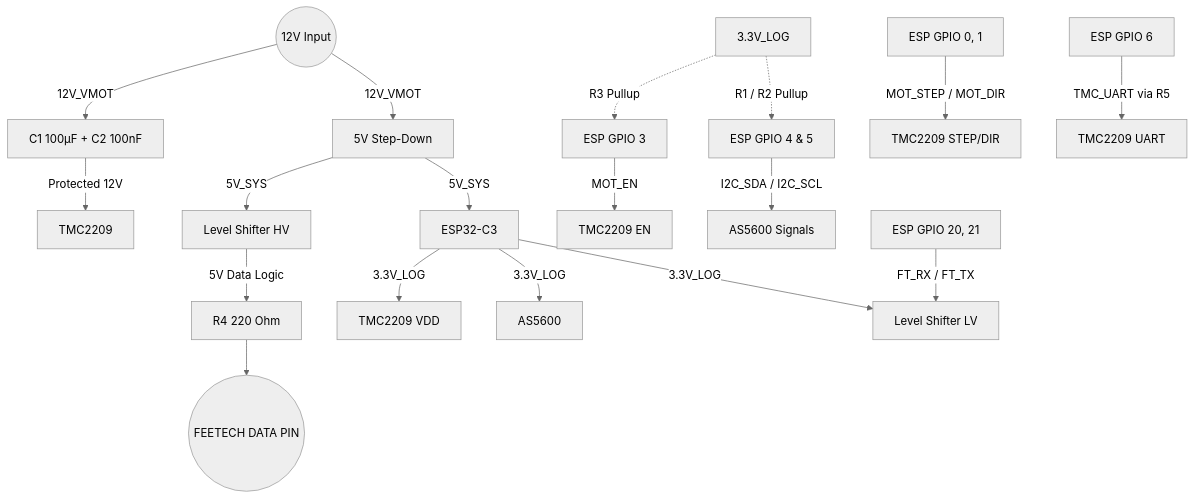
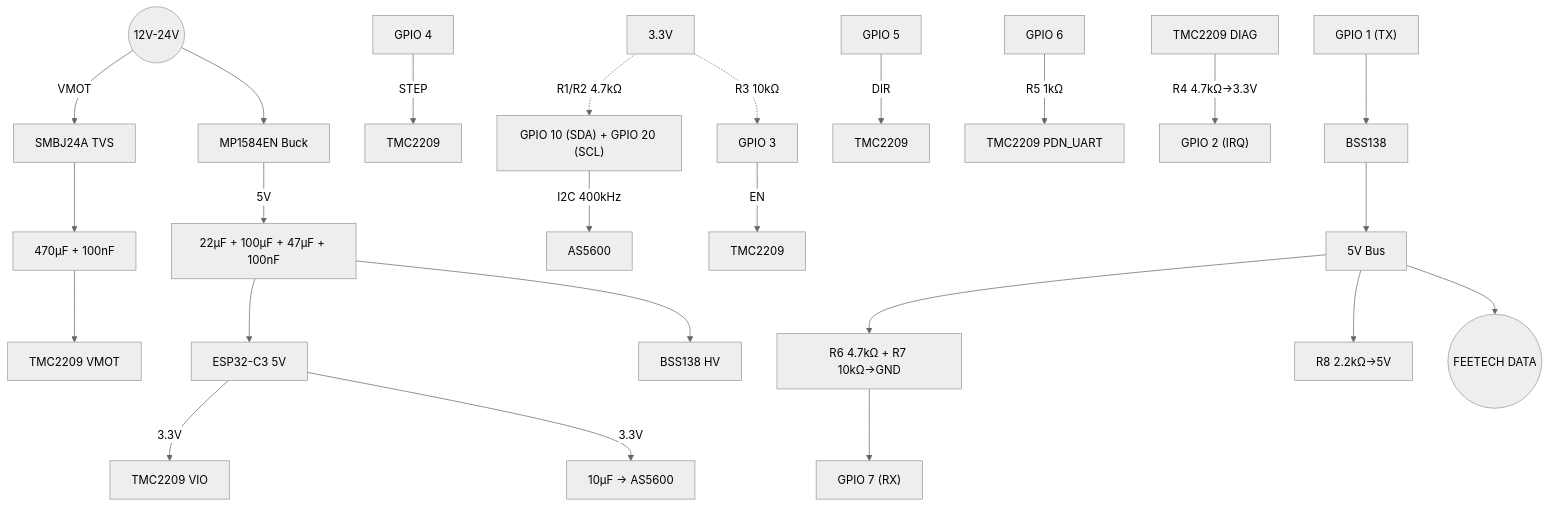
One commit to pfeifferandreas1985-create/SmartServoStepperV2 changed the diagram in docs/01_PCB_Wiring_Schematic.md. Above: the diagram before and after it, drawn with Mermaid (neutral theme). The commit also changed other lines of this file and 10 other files, not shown here.

Commit message:
FIX: Established stable TMC2209 UART communication on GPIO 5/6

````diff
--- a/docs/01_PCB_Wiring_Schematic.md
+++ b/docs/01_PCB_Wiring_Schematic.md
@@ -70,29 +123,38 @@
 ```mermaid
 graph TD
-    %% Power Traces
-    POWER_IN((12V Input)) -->|12V_VMOT| BUCK[5V Step-Down]
-    POWER_IN -->|12V_VMOT| CAP[C1 100µF + C2 100nF]
-    CAP -->|Protected 12V| TMC[TMC2209]
-    BUCK -->|5V_SYS| ESP[ESP32-C3]
-    BUCK -->|5V_SYS| SHIFT_H[Level Shifter HV]
-    ESP -->|3.3V_LOG| SHIFT_L[Level Shifter LV]
-    ESP -->|3.3V_LOG| AS56[AS5600]
-    ESP -->|3.3V_LOG| TMC_LOGIC[TMC2209 VDD]
+    %% Power
+    PSU((12V-24V)) -->|VMOT| TVS[SMBJ24A TVS]
+    TVS --> C_VMOT[470µF + 100nF]
+    C_VMOT --> TMC_VM[TMC2209 VMOT]
+    PSU --> BUCK[MP1584EN Buck]
+    BUCK -->|5V| C_5V[22µF + 100µF + 47µF + 100nF]
+    C_5V --> ESP[ESP32-C3 5V]
+    C_5V --> SHIFT[BSS138 HV]
 
-    %% I2C Traces
-    ESP_I2C[ESP GPIO 4 & 5] -->|I2C_SDA / I2C_SCL| AS56_SIG[AS5600 Signals]
-    3.3V_LOG -.->|R1 / R2 Pullup| ESP_I2C
-    
-    %% Stepper Traces
-    ESP_STEP[ESP GPIO 0, 1] -->|MOT_STEP / MOT_DIR| TMC_SIG[TMC2209 STEP/DIR]
-    ESP_EN[ESP GPIO 3] -->|MOT_EN| TMC_EN[TMC2209 EN]
-    3.3V_LOG -.->|R3 Pullup| ESP_EN
-    
+    %% 3.3V
+    ESP -->|3.3V| TMC_VIO[TMC2209 VIO]
+    ESP -->|3.3V| C_AS[10µF → AS5600]
+
+    %% I2C
+    ESP_I2C["GPIO 10 (SDA) + GPIO 20 (SCL)"] -->|I2C 400kHz| AS5600
+    3V3[3.3V] -.->|R1/R2 4.7kΩ| ESP_I2C
+
+    %% TMC Control
+    ESP4["GPIO 4"] -->|STEP| TMC_STEP[TMC2209]
+    ESP5["GPIO 5"] -->|DIR| TMC_DIR[TMC2209]
+    ESP3["GPIO 3"] -->|EN| TMC_EN[TMC2209]
+    3V3 -.->|R3 10kΩ| ESP3
+
     %% TMC UART
-    ESP_UART[ESP GPIO 6] -->|TMC_UART via R5| TMC_UART_PIN[TMC2209 UART]
-    
-    %% Feetech Bus Traces
-    ESP_FT[ESP GPIO 20, 21] -->|FT_RX / FT_TX| SHIFT_L
-    SHIFT_H -->|5V Data Logic| JOIN_RESISTOR[R4 220 Ohm]
-    JOIN_RESISTOR --> FEETECH_DATA((FEETECH DATA PIN))
+    ESP6["GPIO 6"] -->|R5 1kΩ| TMC_UART["TMC2209 PDN_UART"]
+
+    %% TMC DIAG
+    TMC_DIAG["TMC2209 DIAG"] -->|R4 4.7kΩ→3.3V| ESP2["GPIO 2 (IRQ)"]
+
+    %% Feetech Bus
+    ESP1["GPIO 1 (TX)"] --> SHIFT_TX["BSS138"] --> BUS_5V["5V Bus"]
+    BUS_5V --> DIVIDER["R6 4.7kΩ + R7 10kΩ→GND"]
+    DIVIDER --> ESP7["GPIO 7 (RX)"]
+    BUS_5V --> R8["R8 2.2kΩ→5V"]
+    BUS_5V --> FEETECH((FEETECH DATA))
 ```
````
